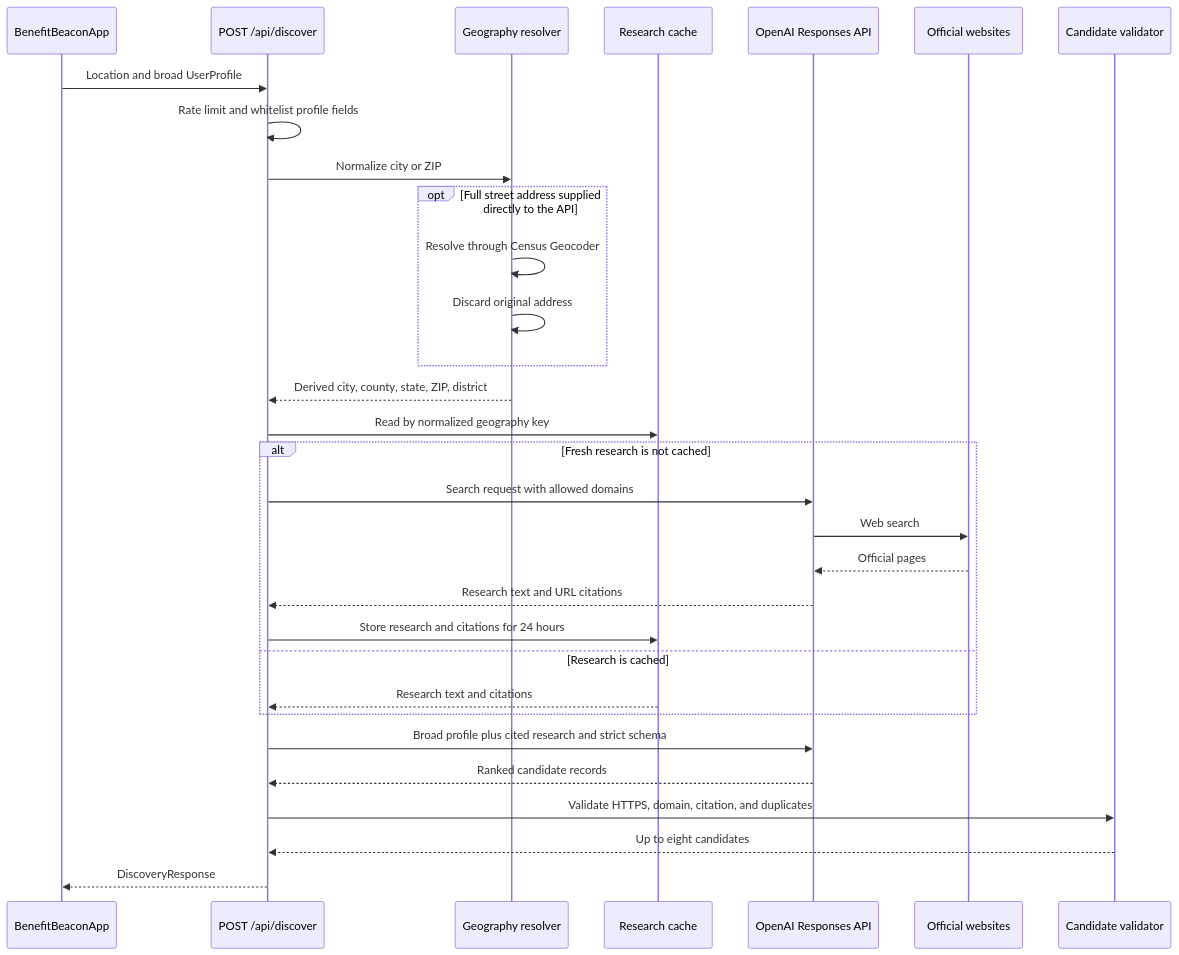
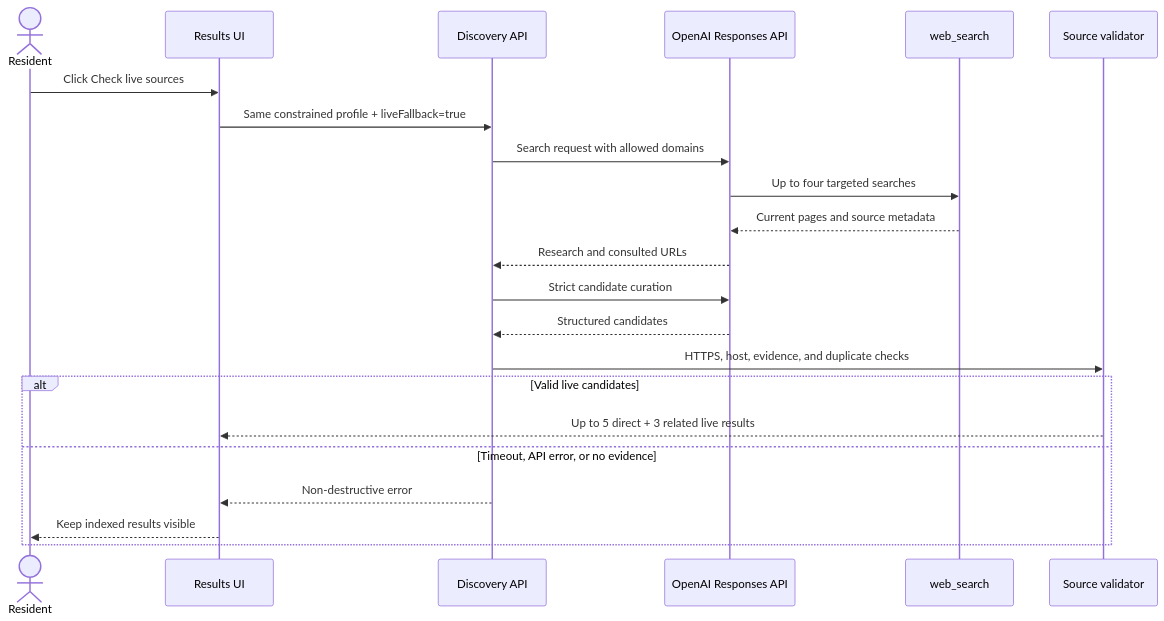
One commit to arjunsurendra/BenefitBeacon changed the fifth of 8 diagrams in ARCHITECTURE_AND_TECHNICAL_DESIGN.md. Above: the diagram before and after it, drawn with Mermaid. The commit also changed other lines of this file and 110 other files, not shown here.

Commit message:
Expand BenefitBeacon program guidance and accessibility

````diff
--- a/ARCHITECTURE_AND_TECHNICAL_DESIGN.md
+++ b/ARCHITECTURE_AND_TECHNICAL_DESIGN.md
@@ -170,34 +222,25 @@
 ```mermaid
 sequenceDiagram
-    participant UI as BenefitBeaconApp
-    participant API as POST /api/discover
-    participant Geo as Geography resolver
-    participant Cache as Research cache
-    participant LLM as OpenAI Responses API
-    participant Web as Official websites
-    participant Guard as Candidate validator
+    actor Resident
+    participant UI as Results UI
+    participant API as Discovery API
+    participant AI as OpenAI Responses API
+    participant Web as web_search
+    participant Guard as Source validator
 
-    UI->>API: Location and broad UserProfile
-    API->>API: Rate limit and whitelist profile fields
-    API->>Geo: Normalize city or ZIP
-    opt Full street address supplied directly to the API
-        Geo->>Geo: Resolve through Census Geocoder
-        Geo->>Geo: Discard original address
+    Resident->>UI: Click Check live sources
+    UI->>API: Same constrained profile + liveFallback=true
+    API->>AI: Search request with allowed domains
+    AI->>Web: Up to four targeted searches
+    Web-->>AI: Current pages and source metadata
+    AI-->>API: Research and consulted URLs
+    API->>AI: Strict candidate curation
+    AI-->>API: Structured candidates
+    API->>Guard: HTTPS, host, evidence, and duplicate checks
+    alt Valid live candidates
+        Guard-->>UI: Up to 5 direct + 3 related live results
+    else Timeout, API error, or no evidence
+        API-->>UI: Non-destructive error
+        UI-->>Resident: Keep indexed results visible
     end
-    Geo-->>API: Derived city, county, state, ZIP, district
-    API->>Cache: Read by normalized geography key
-    alt Fresh research is not cached
-        API->>LLM: Search request with allowed domains
-        LLM->>Web: Web search
-        Web-->>LLM: Official pages
-        LLM-->>API: Research text and URL citations
-        API->>Cache: Store research and citations for 24 hours
-    else Research is cached
-        Cache-->>API: Research text and citations
-    end
-    API->>LLM: Broad profile plus cited research and strict schema
-    LLM-->>API: Ranked candidate records
-    API->>Guard: Validate HTTPS, domain, citation, and duplicates
-    Guard-->>API: Up to eight candidates
-    API-->>UI: DiscoveryResponse
 ```
````
